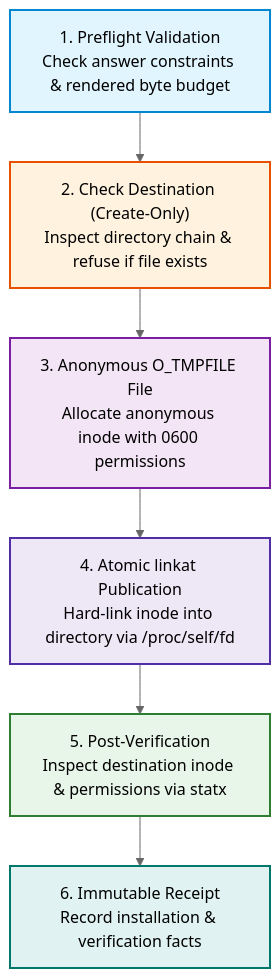
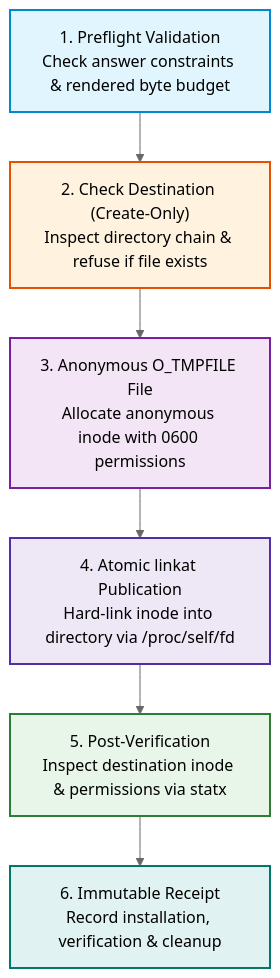
One commit to islamu-ngo/Configurator changed the diagram in docs/public/native-output.md. Above: the diagram before and after it, drawn with Mermaid (neutral theme). The commit also changed other lines of this file and 2 other files, not shown here.

````diff
--- a/docs/public/native-output.md
+++ b/docs/public/native-output.md
@@ -13,15 +18,15 @@
 ```mermaid
 flowchart TD
     PRE["1. Preflight Validation<br/>Check answer constraints & rendered byte budget"] --> CHECK["2. Check Destination (Create-Only)<br/>Inspect directory chain & refuse if file exists"]
     CHECK --> TMP["3. Anonymous O_TMPFILE File<br/>Allocate anonymous inode with 0600 permissions"]
     TMP --> LINK["4. Atomic linkat Publication<br/>Hard-link inode into directory via /proc/self/fd"]
     LINK --> VERIFY["5. Post-Verification<br/>Inspect destination inode & permissions via statx"]
-    VERIFY --> RECEIPT["6. Immutable Receipt<br/>Record installation & verification facts"]
+    VERIFY --> RECEIPT["6. Immutable Receipt<br/>Record installation, verification & cleanup"]
 
     style PRE fill:#e1f5fe,stroke:#0288d1,stroke-width:2px
     style CHECK fill:#fff3e0,stroke:#e65100,stroke-width:2px
     style TMP fill:#f3e5f5,stroke:#7b1fa2,stroke-width:2px
     style LINK fill:#ede7f6,stroke:#512da8,stroke-width:2px
     style VERIFY fill:#e8f5e9,stroke:#2e7d32,stroke-width:2px
     style RECEIPT fill:#e0f2f1,stroke:#00796b,stroke-width:2px
 ```
````
